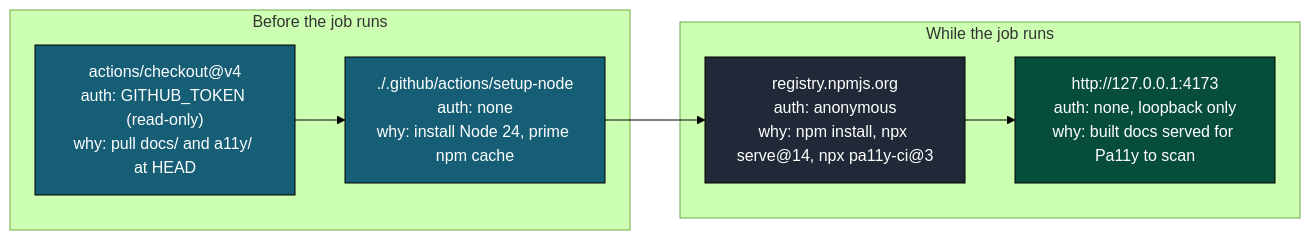
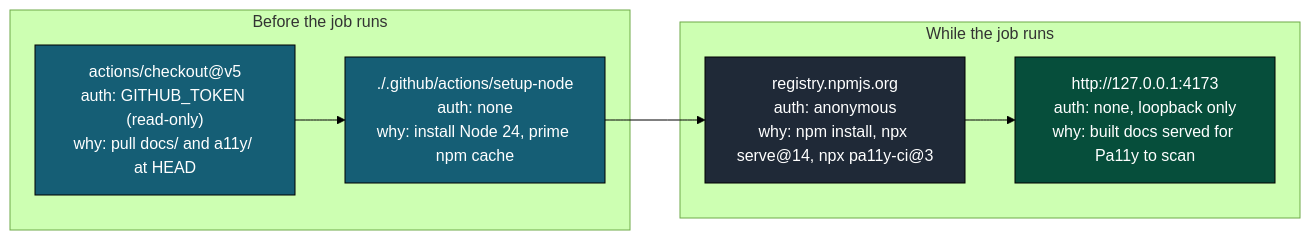
Before and after one commit to llm-exe/llm-exe: the sixth of 10 diagrams in .github/docs/A11Y_DOCS_DEEP_DIVE.md, drawn with Mermaid (forest theme). The commit also changed other lines of this file and 3 other files, not shown here.

````diff
--- a/.github/docs/A11Y_DOCS_DEEP_DIVE.md
+++ b/.github/docs/A11Y_DOCS_DEEP_DIVE.md
@@ -204,20 +204,20 @@
 ```mermaid
 flowchart LR
     classDef pre fill:#155e75,color:#fff,stroke:#000
     classDef pkg fill:#1f2937,color:#fff,stroke:#000
     classDef loop fill:#064e3b,color:#fff,stroke:#000
 
     subgraph Pre["Before the job runs"]
-        c1["actions/checkout@v4\nauth: GITHUB_TOKEN (read-only)\nwhy: pull docs/ and a11y/ at HEAD"]:::pre
+        c1["actions/checkout@v5\nauth: GITHUB_TOKEN (read-only)\nwhy: pull docs/ and a11y/ at HEAD"]:::pre
         c2["./.github/actions/setup-node\nauth: none\nwhy: install Node 24, prime npm cache"]:::pre
     end
 
     subgraph During["While the job runs"]
         d1["registry.npmjs.org\nauth: anonymous\nwhy: npm install, npx serve@14, npx pa11y-ci@3"]:::pkg
         d2["http://127.0.0.1:4173\nauth: none, loopback only\nwhy: built docs served for Pa11y to scan"]:::loop
     end
 
     c1 --> c2
     c2 --> d1
     d1 --> d2
 ```
````
